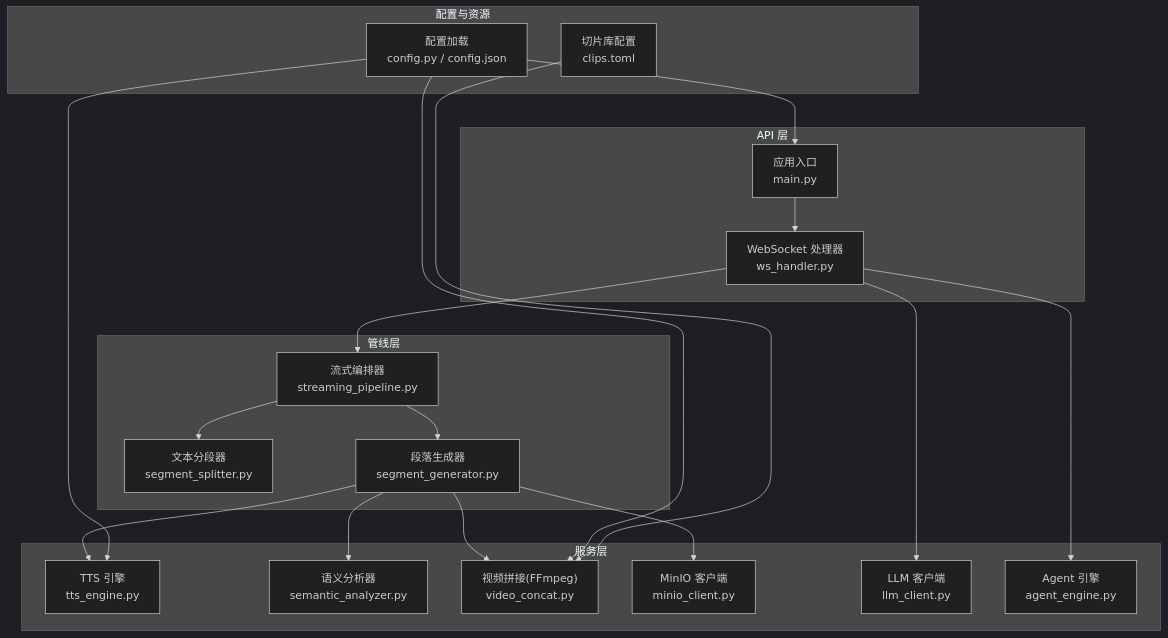
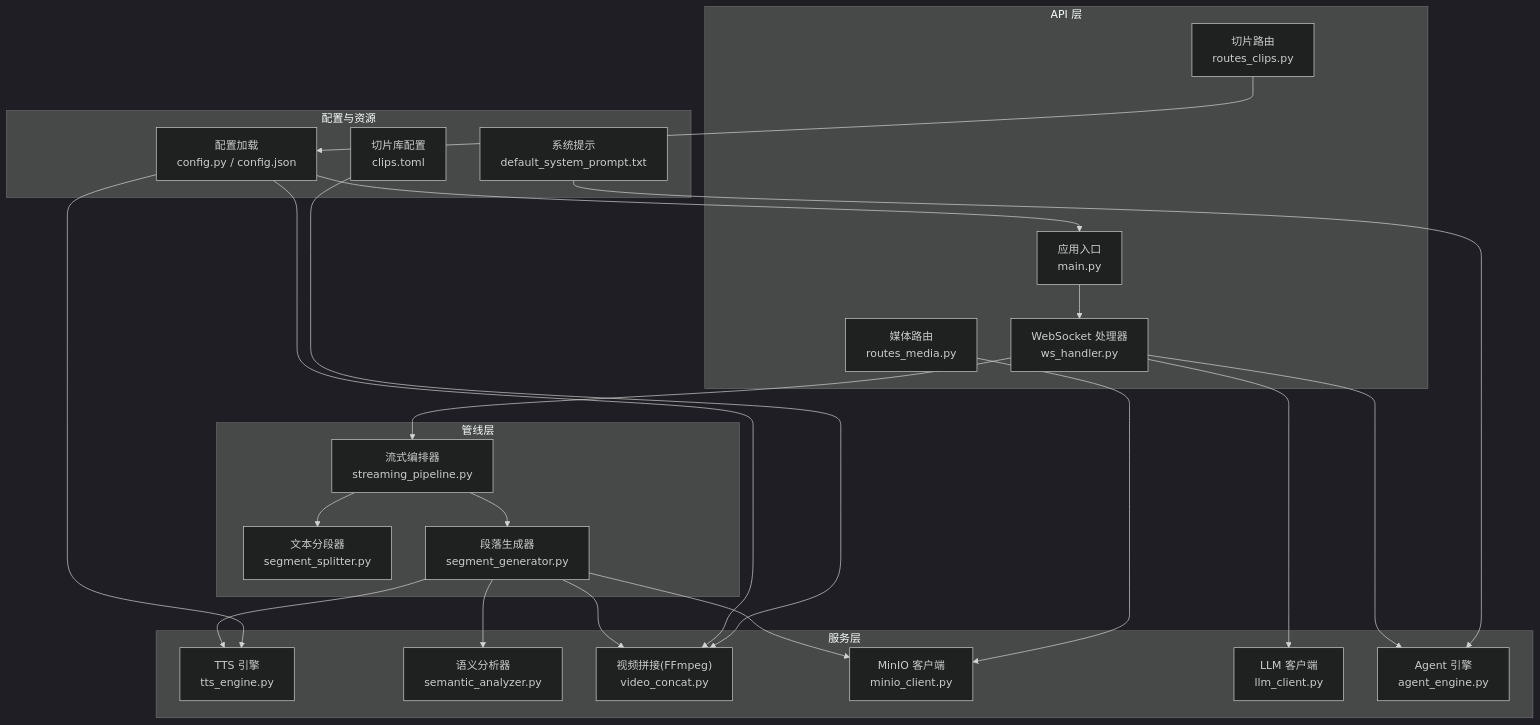
Before and after one commit to leo21cn/real-time-talk: the first of 10 diagrams in .qoder/repowiki/zh/content/后端服务/多媒体处理流水线/多媒体处理流水线.md, drawn with Mermaid (dark theme). The commit also changed other lines of this file and 9 other files, not shown here.

````diff
--- a/.qoder/repowiki/zh/content/后端服务/多媒体处理流水线/多媒体处理流水线.md
+++ b/.qoder/repowiki/zh/content/后端服务/多媒体处理流水线/多媒体处理流水线.md
@@ -52,38 +68,44 @@
 ```mermaid
 graph TB
 subgraph "API 层"
 WS["WebSocket 处理器<br/>ws_handler.py"]
 Main["应用入口<br/>main.py"]
+Media["媒体路由<br/>routes_media.py"]
+Clips["切片路由<br/>routes_clips.py"]
 end
 subgraph "管线层"
 Splitter["文本分段器<br/>segment_splitter.py"]
 Gen["段落生成器<br/>segment_generator.py"]
 Stream["流式编排器<br/>streaming_pipeline.py"]
 end
 subgraph "服务层"
 TTS["TTS 引擎<br/>tts_engine.py"]
 Sem["语义分析器<br/>semantic_analyzer.py"]
 Vc["视频拼接(FFmpeg)<br/>video_concat.py"]
 Minio["MinIO 客户端<br/>minio_client.py"]
 LLM["LLM 客户端<br/>llm_client.py"]
 Agent["Agent 引擎<br/>agent_engine.py"]
 end
 subgraph "配置与资源"
 Cfg["配置加载<br/>config.py / config.json"]
-Clips["切片库配置<br/>clips.toml"]
+ClipsDir["切片库配置<br/>clips.toml"]
+Prompt["系统提示<br/>default_system_prompt.txt"]
 end
 Main --> WS
 WS --> Stream
 Stream --> Splitter
 Stream --> Gen
 Gen --> TTS
 Gen --> Sem
 Gen --> Vc
 Gen --> Minio
 WS --> LLM
 WS --> Agent
+Media --> Minio
+Clips --> Cfg
 Cfg --> Main
 Cfg --> TTS
 Cfg --> Vc
-Clips --> Vc
+ClipsDir --> Vc
+Prompt --> Agent
 ```
````
